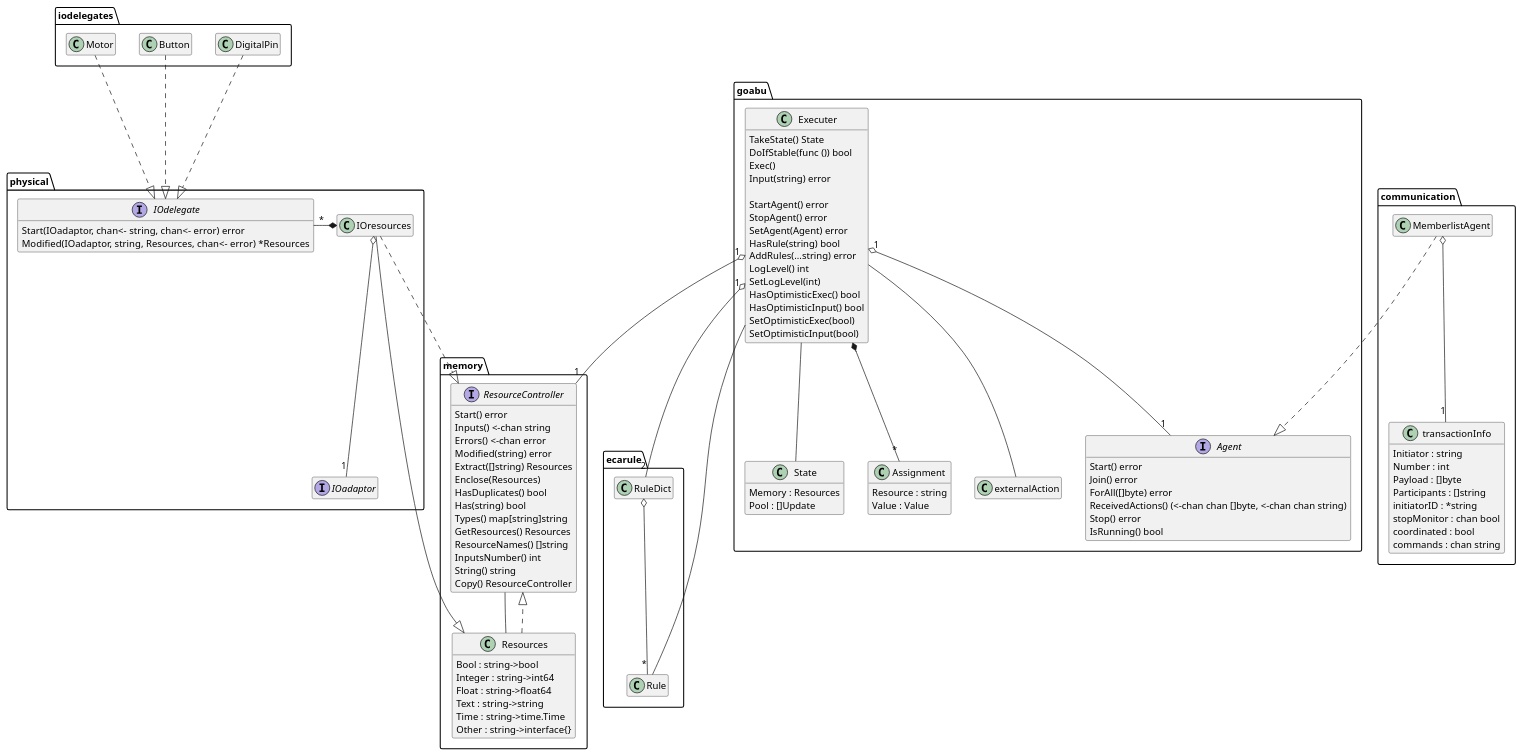
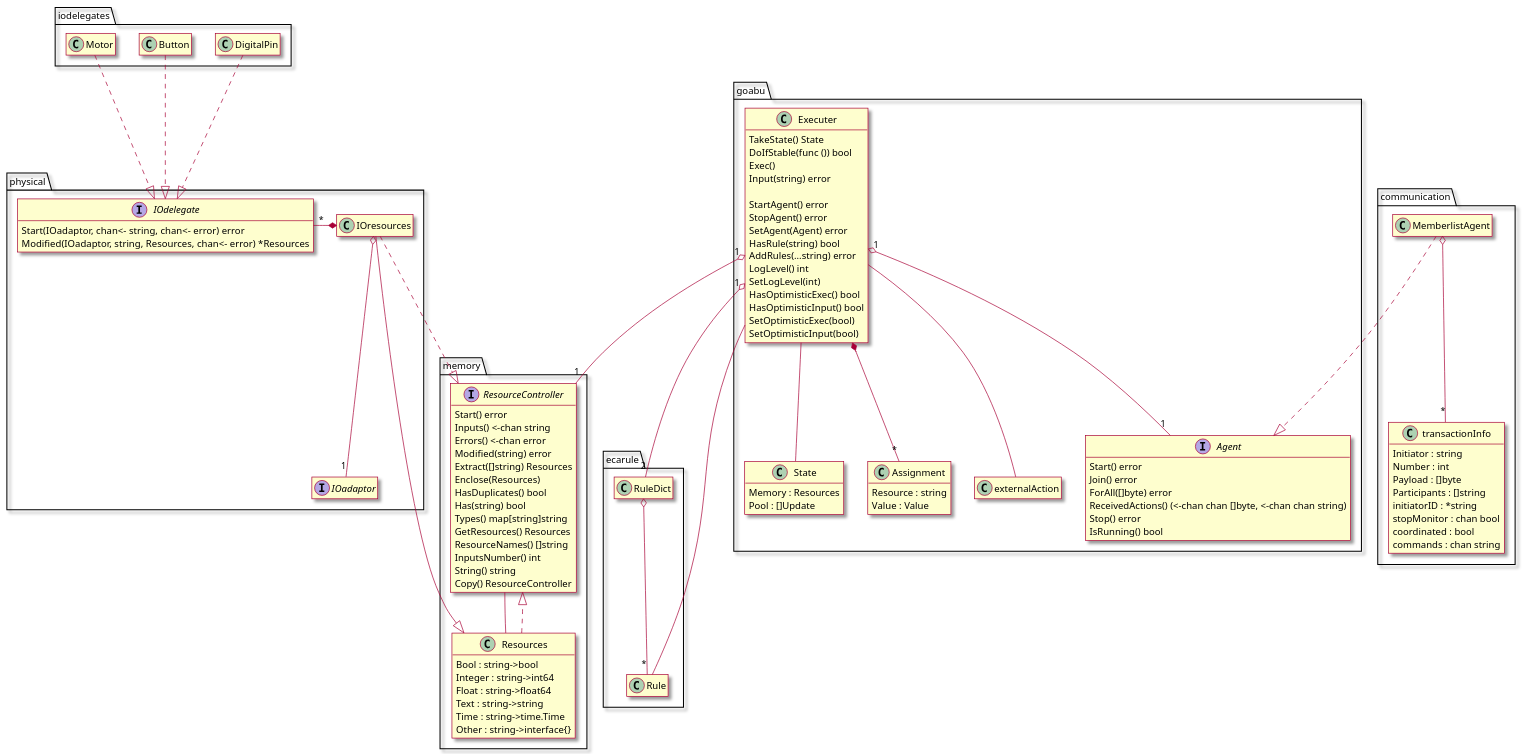
Before and after one commit to abu-lang/goabu: the diagram in docs/class_diagram.puml, drawn with PlantUML. The commit also changed 2 other files, not shown here.

Commit message:
Correct multiplicity in class diagram

```diff
--- a/docs/class_diagram.puml
+++ b/docs/class_diagram.puml
@@ -1,136 +1,137 @@
 @startuml
+skin rose
 hide empty members
 
 package iodelegates {
     class DigitalPin
     class Button
     class Motor
 }
 
 package physical {
     class IOresources {
         adaptor : IOadaptor
     }
     hide IOresources attributes
     interface IOadaptor
     interface IOdelegate {
         Start(IOadaptor, chan<- string, chan<- error) error
         Modified(IOadaptor, string, Resources, chan<- error) *Resources
     }
     IOresources o-- "1" IOadaptor
     IOdelegate "*" -* IOresources
 }
 
 package ecarule {
     class Rule
     class RuleDict
 }
 
 package memory {
     interface ResourceController {
         Start() error
         Inputs() <-chan string
         Errors() <-chan error
         Modified(string) error
         Extract([]string) Resources
         Enclose(Resources)
         HasDuplicates() bool
         Has(string) bool
         Types() map[string]string
         GetResources() Resources
         ResourceNames() []string
         InputsNumber() int
         String() string
         Copy() ResourceController
     }
     class Resources {
         Bool : string->bool
         Integer : string->int64
         Float : string->float64
         Text : string->string
         Time : string->time.Time
         Other : string->interface{}
     }
     RuleDict o-- "*" Rule
     Resources ..|> ResourceController
     ResourceController -- Resources
 }
 
 package goabu {
     class State {
         Memory : Resources
         Pool : []Update
     }
     class Executer {
         memory : ResourceController
         pool : []Update
         agent : Agent
         localLibrary : string->RuleDict
         globalLibrary : string->RuleDict
 
         TakeState() State
         DoIfStable(func ()) bool
         Exec()
         Input(string) error
 
         StartAgent() error
         StopAgent() error
         SetAgent(Agent) error
         HasRule(string) bool
         AddRules(...string) error
         LogLevel() int
         SetLogLevel(int)
         HasOptimisticExec() bool
         HasOptimisticInput() bool
         SetOptimisticExec(bool)
         SetOptimisticInput(bool)
     }
     hide Executer attributes
     interface Agent {
         Start() error
         Join() error
         ForAll([]byte) error
         ReceivedActions() (<-chan chan []byte, <-chan chan string)
         Stop() error
         IsRunning() bool
     }
     class Assignment {
         Resource : string
         Value : Value
     }
     class externalAction
 
     Executer "1" o-- "1" Agent
     Executer *-- "*" Assignment
     Executer -- externalAction
     Executer -- State
 }
 
 package communication {
     class MemberlistAgent
     class transactionInfo {
         Initiator : string
         Number : int
         Payload : []byte
         Participants : []string
         initiatorID : *string
         stopMonitor : chan bool
         coordinated : bool
         commands : chan string
     }
-    MemberlistAgent o-- "1" transactionInfo
+    MemberlistAgent o-- "*" transactionInfo
 }
 
 DigitalPin ..|> IOdelegate
 Button ..|> IOdelegate
 Motor ..|> IOdelegate
 
 IOresources ..|> ResourceController
 IOresources --|> Resources
 
 Executer "1" o-- "1" ResourceController
 Executer "1" o-- "2" RuleDict
 Executer -- Rule
 
 MemberlistAgent ..|> Agent
 @enduml
```
